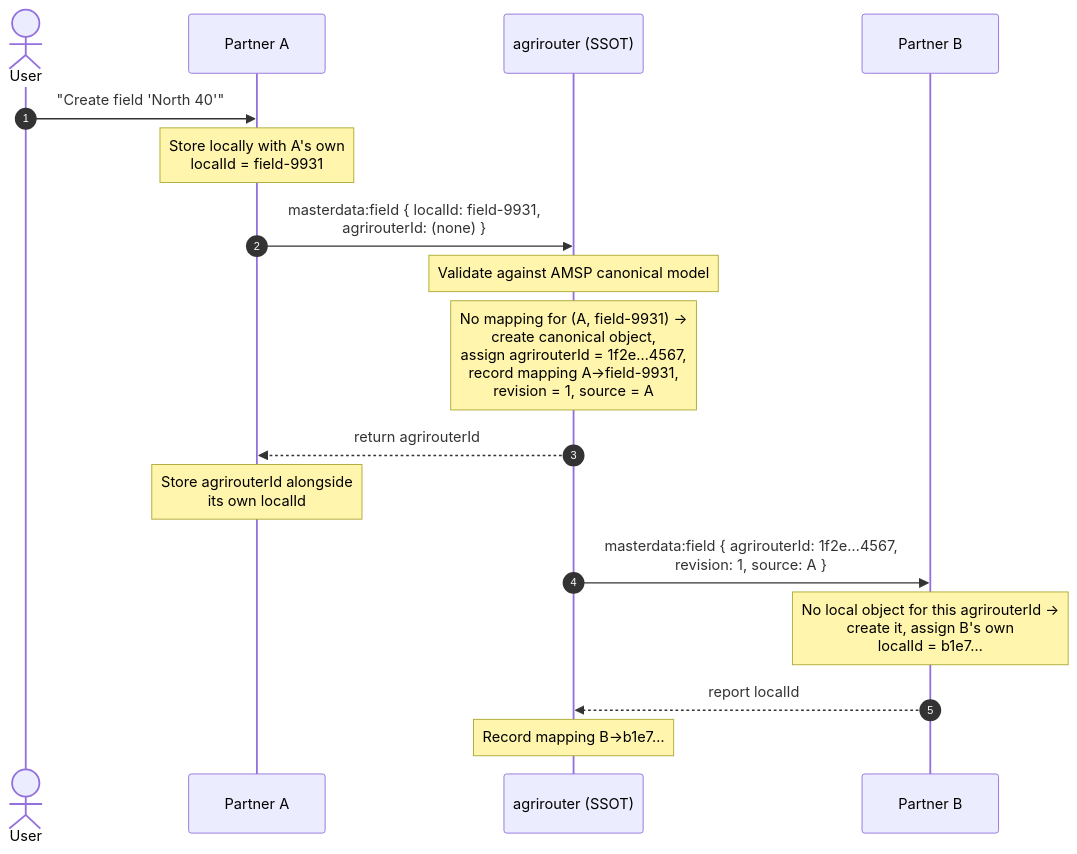
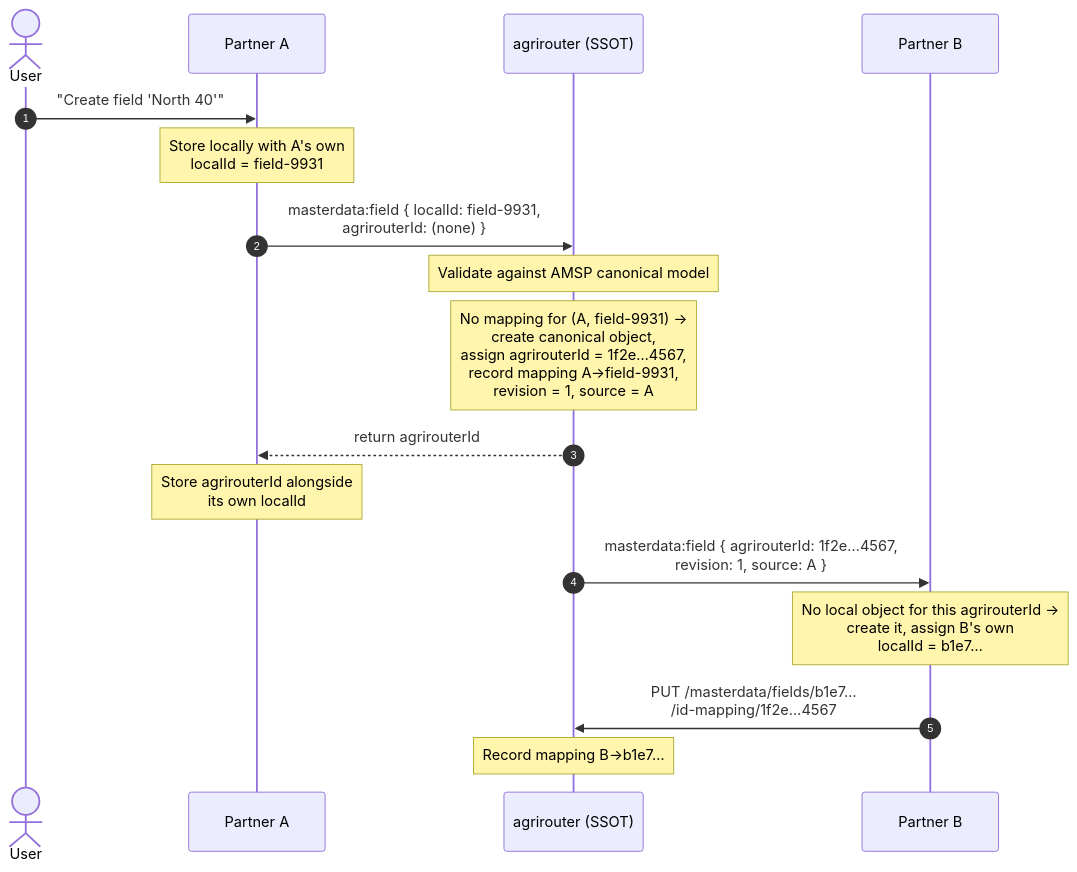
One commit to DKE-Data/masterdata-sync-working-group changed the second of 3 diagrams in architecture/01-reference-architecture.md. Above: the diagram before and after it, drawn with Mermaid. The commit also changed other lines of this file and 5 other files, not shown here.

````diff
--- a/architecture/01-reference-architecture.md
+++ b/architecture/01-reference-architecture.md
@@ -143,23 +143,23 @@
 ```mermaid
 sequenceDiagram
     autonumber
     actor U as User
     participant A as Partner A
     participant AR as agrirouter (SSOT)
     participant B as Partner B
 
     U->>A: "Create field 'North 40'"
     Note over A: Store locally with A's own<br/>localId = field-9931
     A->>AR: masterdata:field { localId: field-9931,<br/>agrirouterId: (none) }
 
     Note over AR: Validate against AMSP canonical model
     Note over AR: No mapping for (A, field-9931) →<br/>create canonical object,<br/>assign agrirouterId = 1f2e…4567,<br/>record mapping A→field-9931,<br/>revision = 1, source = A
 
     AR-->>A: return agrirouterId
     Note over A: Store agrirouterId alongside<br/>its own localId
 
     AR->>B: masterdata:field { agrirouterId: 1f2e…4567,<br/>revision: 1, source: A }
     Note over B: No local object for this agrirouterId →<br/>create it, assign B's own<br/>localId = b1e7…
-    B-->>AR: report localId
+    B->>AR: PUT /masterdata/fields/b1e7…<br/>/id-mapping/1f2e…4567
     Note over AR: Record mapping B→b1e7…
 ```
````
